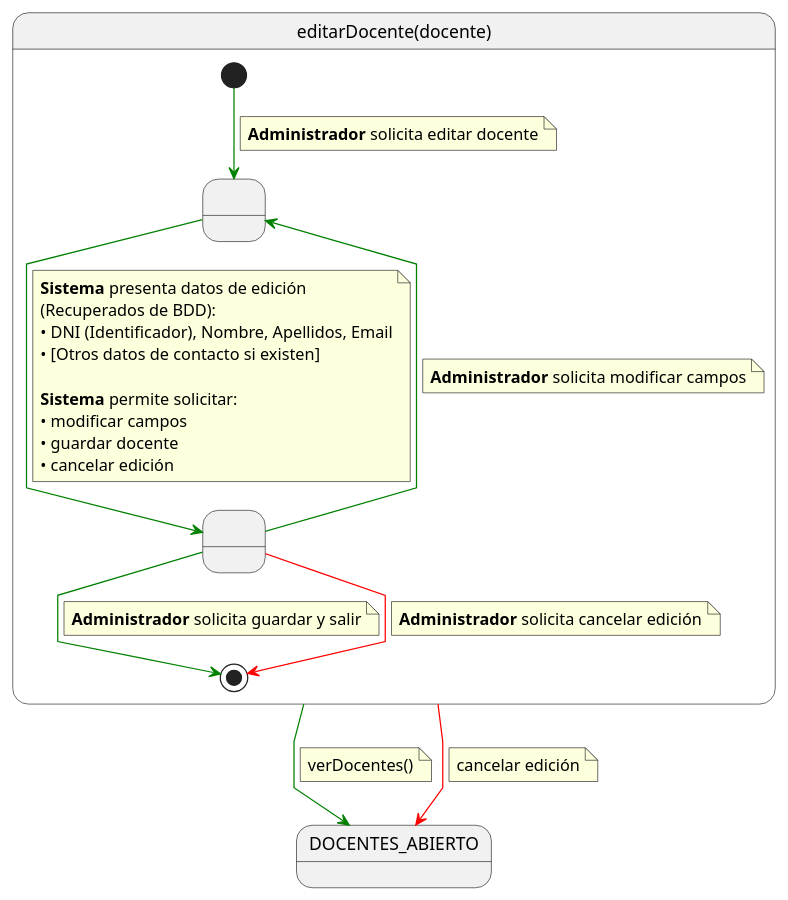
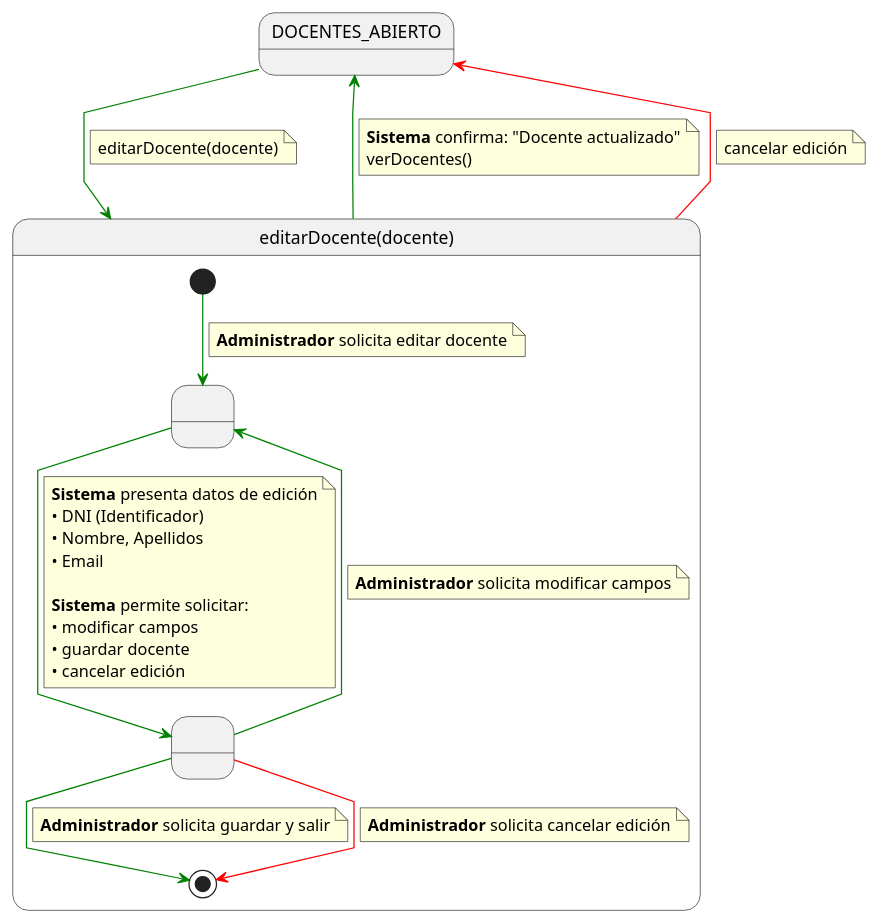
The diagram in documents/casos-de-uso/detalladoCasosDeUso/editarDocente/editarDocente.puml (martinlopez7/25-26-IdSw1-SdR), drawn with PlantUML before and after one commit. The commit also changed 13 other files, not shown here.

```diff
--- a/documents/casos-de-uso/detalladoCasosDeUso/editarDocente/editarDocente.puml
+++ b/documents/casos-de-uso/detalladoCasosDeUso/editarDocente/editarDocente.puml
@@ -1,59 +1,70 @@
-@startuml editarDocente
-
+@startuml
 skinparam linetype polyline
 
+' 1. ESTADO PREVIO (Contexto de origen: Listado de Docentes)
+state DOCENTES_ABIERTO
+
+' 2. ENTRADA AL CASO DE USO
+DOCENTES_ABIERTO -[#green]-> editarDocente
+note on link
+editarDocente(docente)
+end note
+
+' 3. DETALLE DEL PROCESO
 state editarDocente as "editarDocente(docente)" {
 
     state " " as EditandoDatos
     state " " as GuardandoDatos 
 
     [*] -[#green]-> EditandoDatos 
     note on link
     <b>Administrador</b> solicita editar docente
     end note    
     
     EditandoDatos -[#green]-> GuardandoDatos
     note on link
     <b>Sistema</b> presenta datos de edición
-    (Recuperados de BDD):
-    • DNI (Identificador), Nombre, Apellidos, Email
-    • [Otros datos de contacto si existen]
+    • DNI (Identificador)
+    • Nombre, Apellidos
+    • Email
     
     <b>Sistema</b> permite solicitar:
     • modificar campos
     • guardar docente
     • cancelar edición
     end note
     
-    ' El ciclo de modificación (Patrón Interactivo)
+    ' Ciclo de modificación (Patrón Interactivo)
     GuardandoDatos -[#green]-> EditandoDatos
     note on link
     <b>Administrador</b> solicita modificar campos
     end note
     
-    ' Salida Exitosa
+    ' Salida Exitosa (Interna)
     GuardandoDatos -[#green]-> [*]
     note on link
     <b>Administrador</b> solicita guardar y salir
     end note
 
     ' Salida Cancelada (Interna)
     GuardandoDatos -[#red]-> [*]
     note on link
     <b>Administrador</b> solicita cancelar edición
     end note
-
 }
 
-' Salidas Externas
+' 4. SALIDAS EXTERNAS
+
+' Salida Exitosa con CONFIRMACIÓN
 editarDocente -[#green]-> DOCENTES_ABIERTO
 note on link
+<b>Sistema</b> confirma: "Docente actualizado"
 verDocentes()
 end note
 
+' Salida Cancelada
 editarDocente -[#red]-> DOCENTES_ABIERTO
 note on link
 cancelar edición
 end note
-
 @enduml
```
